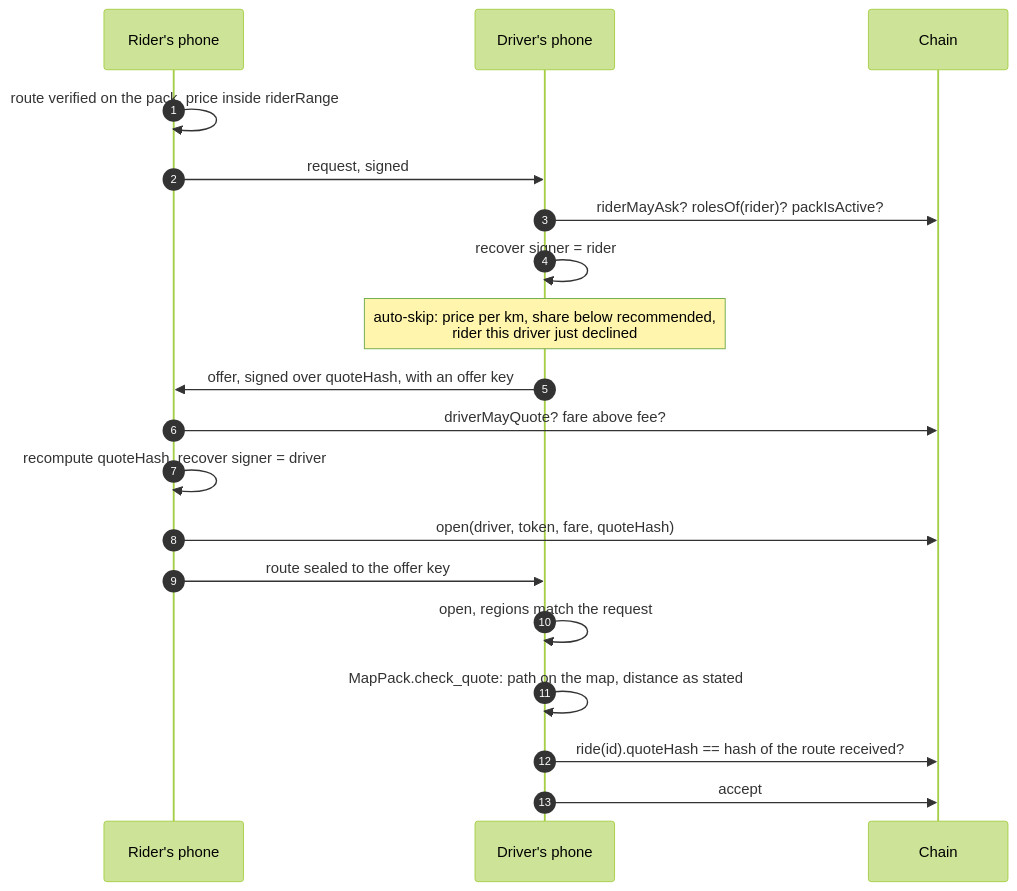
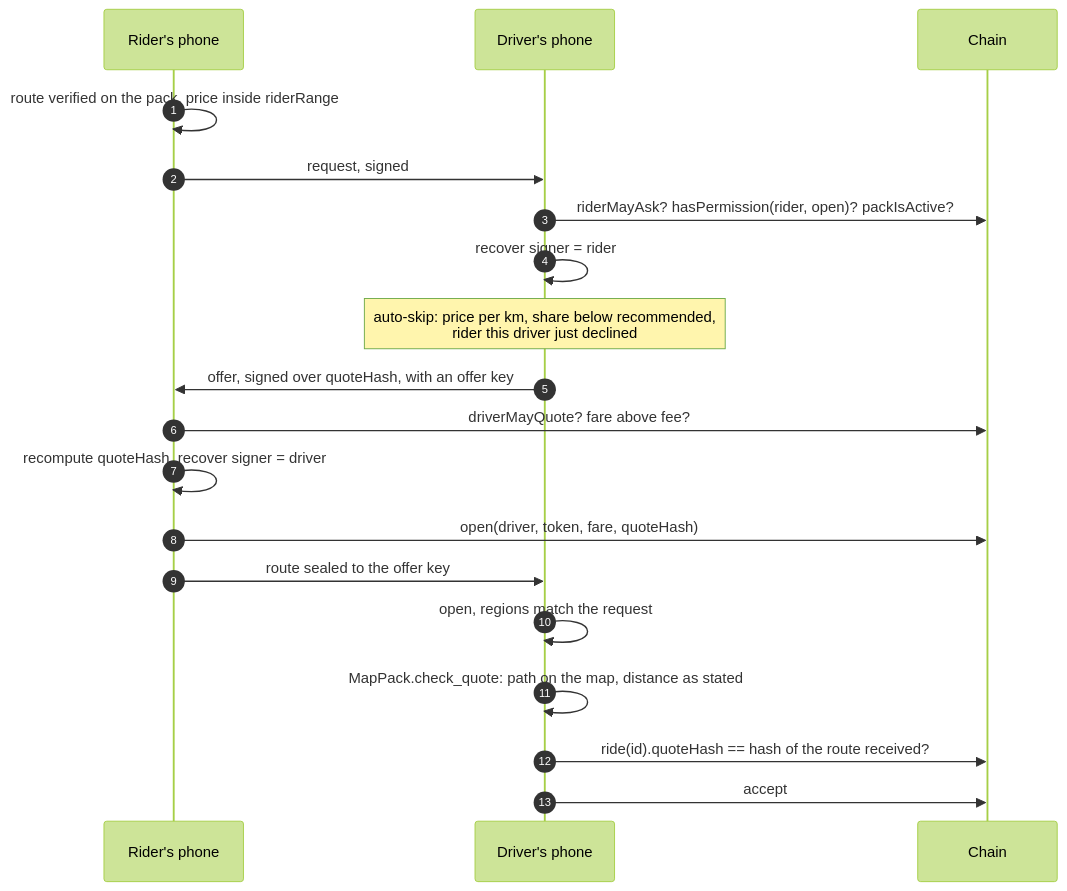
The second of 3 diagrams in apps/docs/security.md (MuriloSchaefer/klippelgo), drawn with Mermaid (forest theme) before and after one commit. The commit also changed other lines of this file and 39 other files, not shown here.

````diff
--- a/apps/docs/security.md
+++ b/apps/docs/security.md
@@ -73,22 +73,22 @@
 ```mermaid
 sequenceDiagram
     autonumber
     participant R as Rider's phone
     participant D as Driver's phone
     participant C as Chain
 
     R->>R: route verified on the pack, price inside riderRange
     R->>D: request, signed
-    D->>C: riderMayAsk? rolesOf(rider)? packIsActive?
+    D->>C: riderMayAsk? hasPermission(rider, open)? packIsActive?
     D->>D: recover signer = rider
     Note over D: auto-skip: price per km, share below recommended,<br/>rider this driver just declined
     D->>R: offer, signed over quoteHash, with an offer key
     R->>C: driverMayQuote? fare above fee?
     R->>R: recompute quoteHash, recover signer = driver
     R->>C: open(driver, token, fare, quoteHash)
     R->>D: route sealed to the offer key
     D->>D: open, regions match the request
     D->>D: MapPack.check_quote: path on the map, distance as stated
     D->>C: ride(id).quoteHash == hash of the route received?
     D->>C: accept
 ```
````
